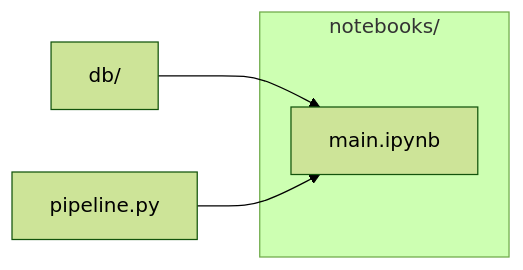
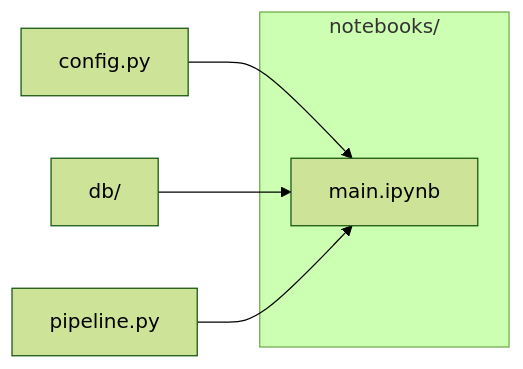
One commit to drsanjna/cardiac-imaging-medicare changed the diagram in notebooks/README.md. Above: the diagram before and after it, drawn with Mermaid (forest theme). The commit also changed 23 other files, not shown here.

First line of the commit message:
Save each pipeline run to its own folder with a chart gallery and run index

````diff
--- a/notebooks/README.md
+++ b/notebooks/README.md
@@ -11,10 +11,12 @@
 ```mermaid
 flowchart LR
   subgraph here["notebooks/"]
     n_main_ipynb["main.ipynb"]
   end
+  n_config_py["config.py"]
   n_db_["db/"]
   n_pipeline_py["pipeline.py"]
+  n_config_py --> n_main_ipynb
   n_db_ --> n_main_ipynb
   n_pipeline_py --> n_main_ipynb
 ```
````
